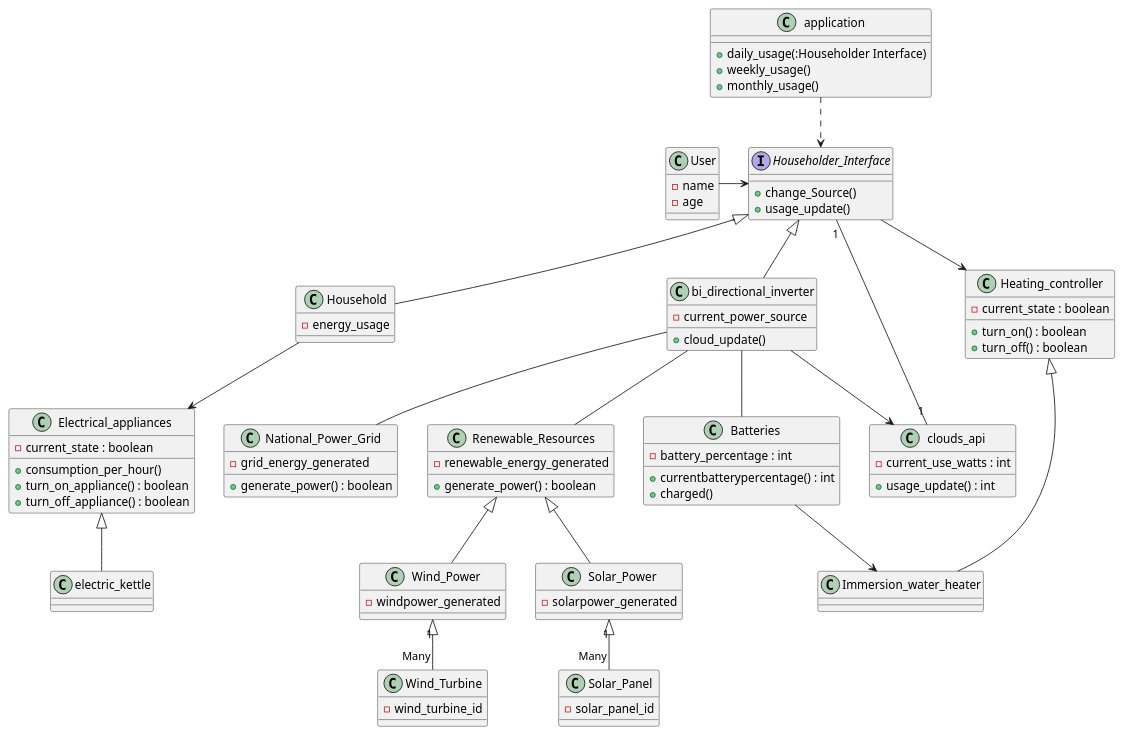
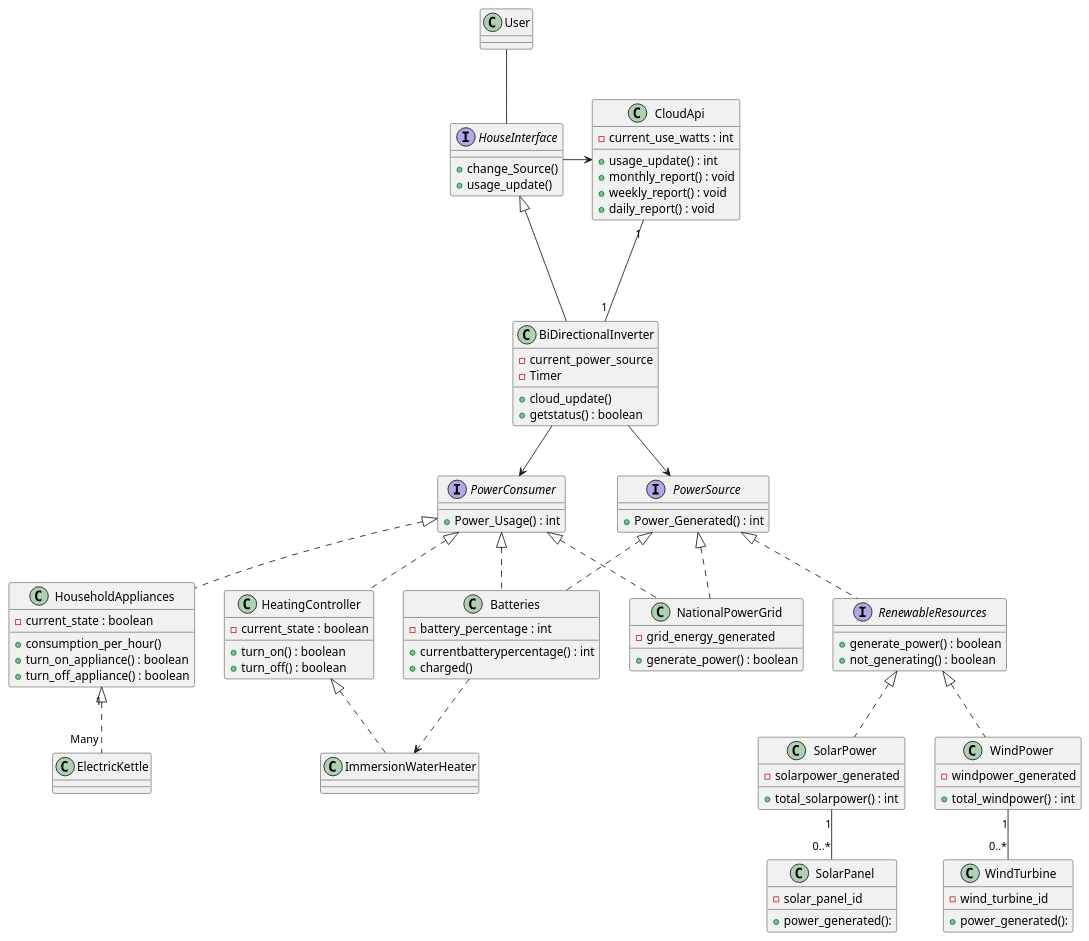
Before and after one commit to THELAXON/Designing-a-simplified-Domestic-Power-Management-Application.: the diagram in Coursework.puml, drawn with PlantUML.

```diff
--- a/Coursework.puml
+++ b/Coursework.puml
@@ -1,99 +1,102 @@
 @startuml
-class User{
--name
--age
-}
+class User
 
-interface Householder_Interface{
+interface HouseInterface{
 +change_Source()
 +usage_update()
 }
-
-class Household{
--energy_usage
+interface PowerSource{
++Power_Generated() : int
+}
+interface PowerConsumer{
++Power_Usage() : int
 }
 
-class bi_directional_inverter{
--current_power_source
-+cloud_update()
-}
-class clouds_api{
+class CloudApi{
 - current_use_watts : int
 + usage_update() : int
++ monthly_report() : void
++ weekly_report() : void
++ daily_report() : void
 }
 
-class Heating_controller{
+class BiDirectionalInverter{
+-current_power_source
+-Timer
++cloud_update()
++getstatus() : boolean
+}
+class NationalPowerGrid{
+-grid_energy_generated
++generate_power() : boolean
+}
+
+interface RenewableResources{
++generate_power() : boolean
++not_generating() : boolean
+}
+class HeatingController{
 -current_state : boolean
 +turn_on() : boolean
 +turn_off() : boolean
 }
 
-class Electrical_appliances{
+class HouseholdAppliances{
 -current_state : boolean
 +consumption_per_hour()
 +turn_on_appliance() : boolean
 +turn_off_appliance() : boolean
 }
 
-class National_Power_Grid{
--grid_energy_generated
-+generate_power() : boolean
-}
 
 class Batteries{
 -battery_percentage : int
 +currentbatterypercentage() : int
 +charged()
 }
-class Renewable_Resources{
--renewable_energy_generated
-+generate_power() : boolean
+
+
+class SolarPower{
+-solarpower_generated
++total_solarpower() : int
 }
 
-class Solar_Power{
--solarpower_generated
+class WindPower{
+-windpower_generated
++total_windpower() : int
+}
+class SolarPanel{
+-solar_panel_id
++power_generated():
+}
+class WindTurbine{
+-wind_turbine_id
++power_generated():
 }
 
-class Wind_Power{
--windpower_generated
-}
-class Solar_Panel{
--solar_panel_id
-}
-class Wind_Turbine{
--wind_turbine_id
-}
+class ElectricKettle
+class ImmersionWaterHeater
 
-class application{
-+daily_usage(:Householder Interface)
-+weekly_usage()
-+monthly_usage()
-}
-class electric_kettle{
-}
-class Immersion_water_heater
-
-User -> Householder_Interface
-Householder_Interface <|-- bi_directional_inverter
-application ..> Householder_Interface
-
-bi_directional_inverter --> clouds_api
-clouds_api "1" -- "1" Householder_Interface
-bi_directional_inverter -- Renewable_Resources
-bi_directional_inverter -- Batteries
-bi_directional_inverter -- National_Power_Grid
-
-Householder_Interface --> Heating_controller
-Heating_controller <|-- Immersion_water_heater
-
-Householder_Interface <|-- Household
-Household --> Electrical_appliances
-Electrical_appliances <|-- electric_kettle
-Renewable_Resources <|-- Solar_Power
-Renewable_Resources <|-- Wind_Power
-Solar_Power "1" <|--  "Many" Solar_Panel
-Wind_Power"1" <|-- "Many" Wind_Turbine
-Batteries --> Immersion_water_heater
+User -- HouseInterface
+HouseInterface -> CloudApi
+HouseInterface <|-- BiDirectionalInverter
+CloudApi"1" --- "1"BiDirectionalInverter
+BiDirectionalInverter --> PowerSource
+BiDirectionalInverter --> PowerConsumer
+RenewableResources <|.. SolarPower 
+RenewableResources <|.. WindPower 
+SolarPower "1" --  "0..*" SolarPanel
+WindPower"1" -- "0..*" WindTurbine
 
 
+PowerSource <|.. RenewableResources
+PowerSource <|.. NationalPowerGrid
+PowerSource <|.. Batteries
+PowerConsumer <|.. HouseholdAppliances
+PowerConsumer <|.. Batteries
+PowerConsumer <|.. NationalPowerGrid
+PowerConsumer <|.. HeatingController
+HouseholdAppliances"1" <|.. "Many"ElectricKettle
+HeatingController <|.. ImmersionWaterHeater
+Batteries ..> ImmersionWaterHeater
 @enduml
```
